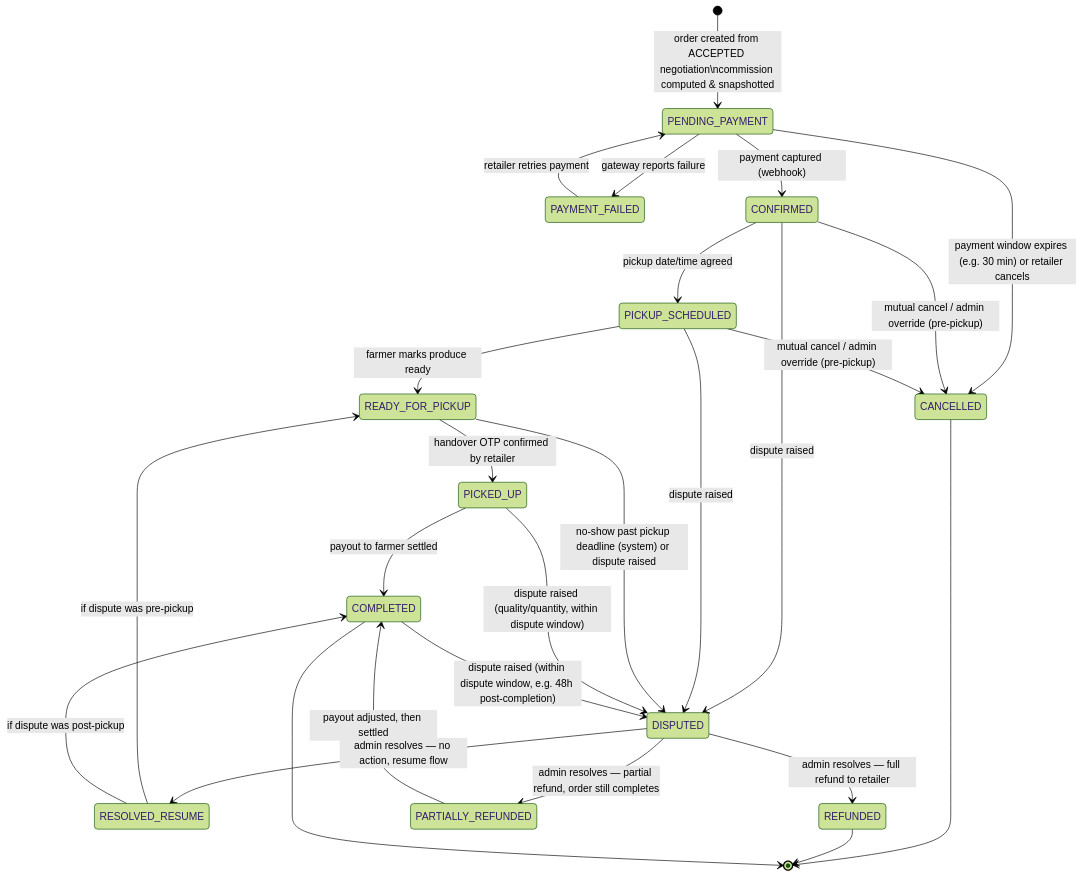
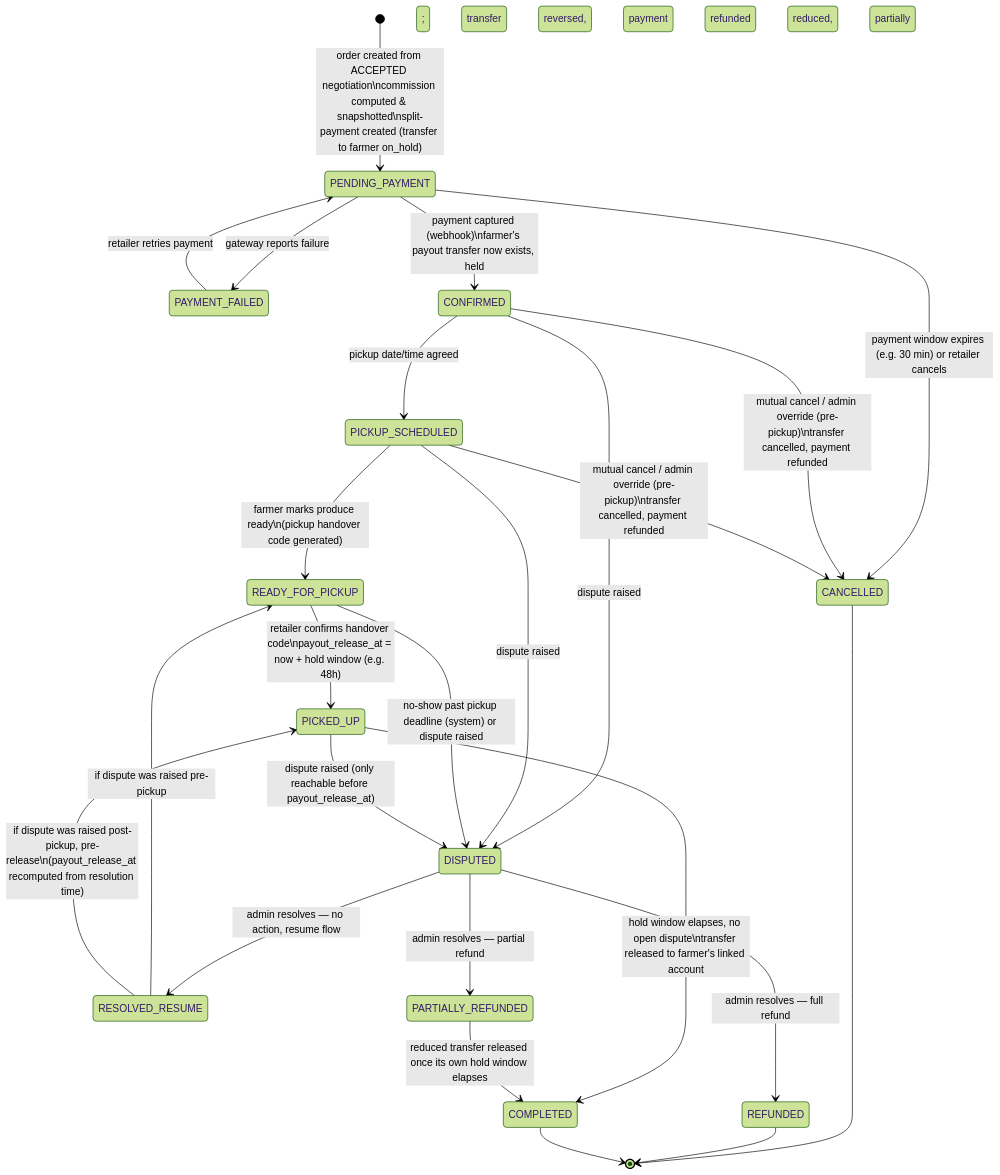
One commit to Riyas07/farmer_to_retailer changed the second of 2 diagrams in docs/order-state-machine.md. Above: the diagram before and after it, drawn with Mermaid (forest theme). The commit also changed other lines of this file and 6 other files, not shown here.

````diff
--- a/docs/order-state-machine.md
+++ b/docs/order-state-machine.md
@@ -47,34 +57,33 @@
 ```mermaid
 stateDiagram-v2
-    [*] --> PENDING_PAYMENT: order created from ACCEPTED negotiation\ncommission computed & snapshotted
+    [*] --> PENDING_PAYMENT: order created from ACCEPTED negotiation\ncommission computed & snapshotted\nsplit-payment created (transfer to farmer on_hold)
     PENDING_PAYMENT --> PAYMENT_FAILED: gateway reports failure
     PAYMENT_FAILED --> PENDING_PAYMENT: retailer retries payment
     PENDING_PAYMENT --> CANCELLED: payment window expires (e.g. 30 min) or retailer cancels
-    PENDING_PAYMENT --> CONFIRMED: payment captured (webhook)
+    PENDING_PAYMENT --> CONFIRMED: payment captured (webhook)\nfarmer's payout transfer now exists, held
 
     CONFIRMED --> PICKUP_SCHEDULED: pickup date/time agreed
-    PICKUP_SCHEDULED --> READY_FOR_PICKUP: farmer marks produce ready
-    READY_FOR_PICKUP --> PICKED_UP: handover OTP confirmed by retailer
-    PICKED_UP --> COMPLETED: payout to farmer settled
+    PICKUP_SCHEDULED --> READY_FOR_PICKUP: farmer marks produce ready\n(pickup handover code generated)
+    READY_FOR_PICKUP --> PICKED_UP: retailer confirms handover code\npayout_release_at = now + hold window (e.g. 48h)
+    PICKED_UP --> COMPLETED: hold window elapses, no open dispute\ntransfer released to farmer's linked account
 
-    CONFIRMED --> CANCELLED: mutual cancel / admin override (pre-pickup)
-    PICKUP_SCHEDULED --> CANCELLED: mutual cancel / admin override (pre-pickup)
+    CONFIRMED --> CANCELLED: mutual cancel / admin override (pre-pickup)\ntransfer cancelled, payment refunded
+    PICKUP_SCHEDULED --> CANCELLED: mutual cancel / admin override (pre-pickup)\ntransfer cancelled, payment refunded
 
     CONFIRMED --> DISPUTED: dispute raised
     PICKUP_SCHEDULED --> DISPUTED: dispute raised
     READY_FOR_PICKUP --> DISPUTED: no-show past pickup deadline (system) or dispute raised
-    PICKED_UP --> DISPUTED: dispute raised (quality/quantity, within dispute window)
-    COMPLETED --> DISPUTED: dispute raised (within dispute window, e.g. 48h post-completion)
+    PICKED_UP --> DISPUTED: dispute raised (only reachable before payout_release_at)
 
     DISPUTED --> RESOLVED_RESUME: admin resolves — no action, resume flow
-    DISPUTED --> REFUNDED: admin resolves — full refund to retailer
-    DISPUTED --> PARTIALLY_REFUNDED: admin resolves — partial refund, order still completes
+    DISPUTED --> REFUNDED: admin resolves — full refund; transfer reversed, payment refunded
+    DISPUTED --> PARTIALLY_REFUNDED: admin resolves — partial refund; transfer reduced, payment partially refunded
 
-    RESOLVED_RESUME --> READY_FOR_PICKUP: if dispute was pre-pickup
-    RESOLVED_RESUME --> COMPLETED: if dispute was post-pickup
-    PARTIALLY_REFUNDED --> COMPLETED: payout adjusted, then settled
+    RESOLVED_RESUME --> READY_FOR_PICKUP: if dispute was raised pre-pickup
+    RESOLVED_RESUME --> PICKED_UP: if dispute was raised post-pickup, pre-release\n(payout_release_at recomputed from resolution time)
+    PARTIALLY_REFUNDED --> COMPLETED: reduced transfer released once its own hold window elapses
 
     CANCELLED --> [*]
     REFUNDED --> [*]
     COMPLETED --> [*]
 ```
````
